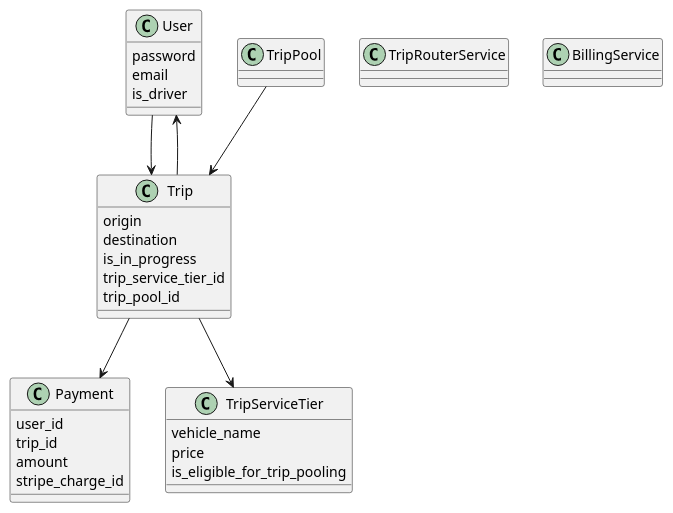
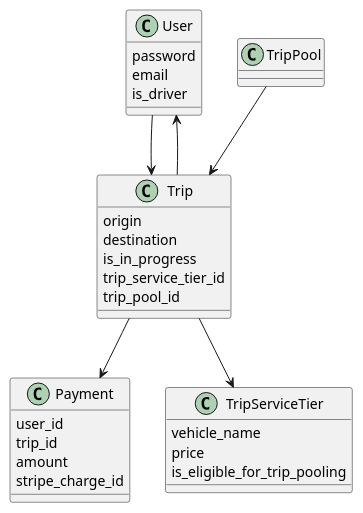
The diagram in diagrams/3-delorean-pool.plantuml (andrewhao/dddrail-talk), drawn with PlantUML before and after one commit. The commit also changed 4 other files, not shown here.

Commit message:
New slides, plus more enhancements on the diagrams.

```diff
--- a/diagrams/3-delorean-pool.plantuml
+++ b/diagrams/3-delorean-pool.plantuml
@@ -1,46 +1,40 @@
 @startuml
 skinparam shadowing false
 
 class User {
   password
   email
   is_driver
 }
 
 class Trip {
   origin
   destination
   is_in_progress
   trip_service_tier_id
   trip_pool_id
 }
 
 class TripPool {
-}
-
-class TripRouterService {
-}
-
-class BillingService {
 }
 
 class Payment {
   user_id
   trip_id
   amount
   stripe_charge_id
 }
 
 class TripServiceTier {
   vehicle_name
   price
   is_eligible_for_trip_pooling
 }
 
 User --> Trip
 Trip --> User
 Trip --> Payment
 Trip --> TripServiceTier
 TripPool --> Trip
 
 @enduml
```
